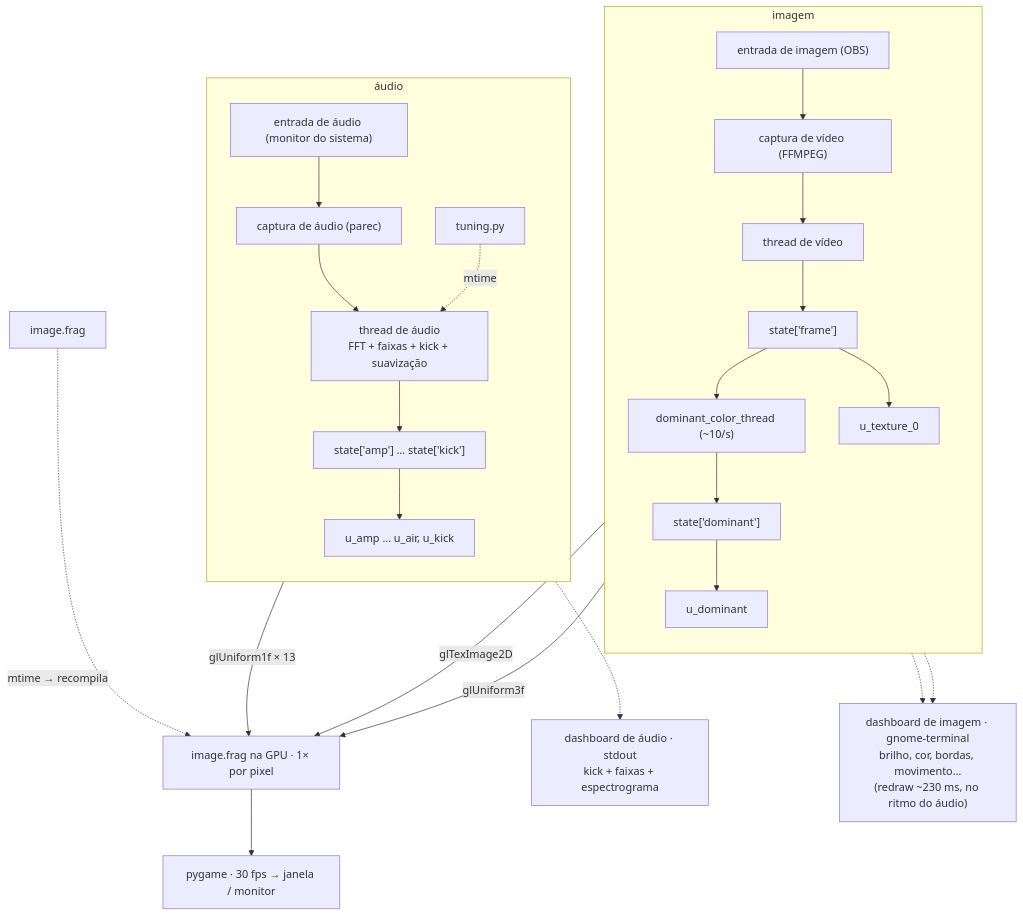
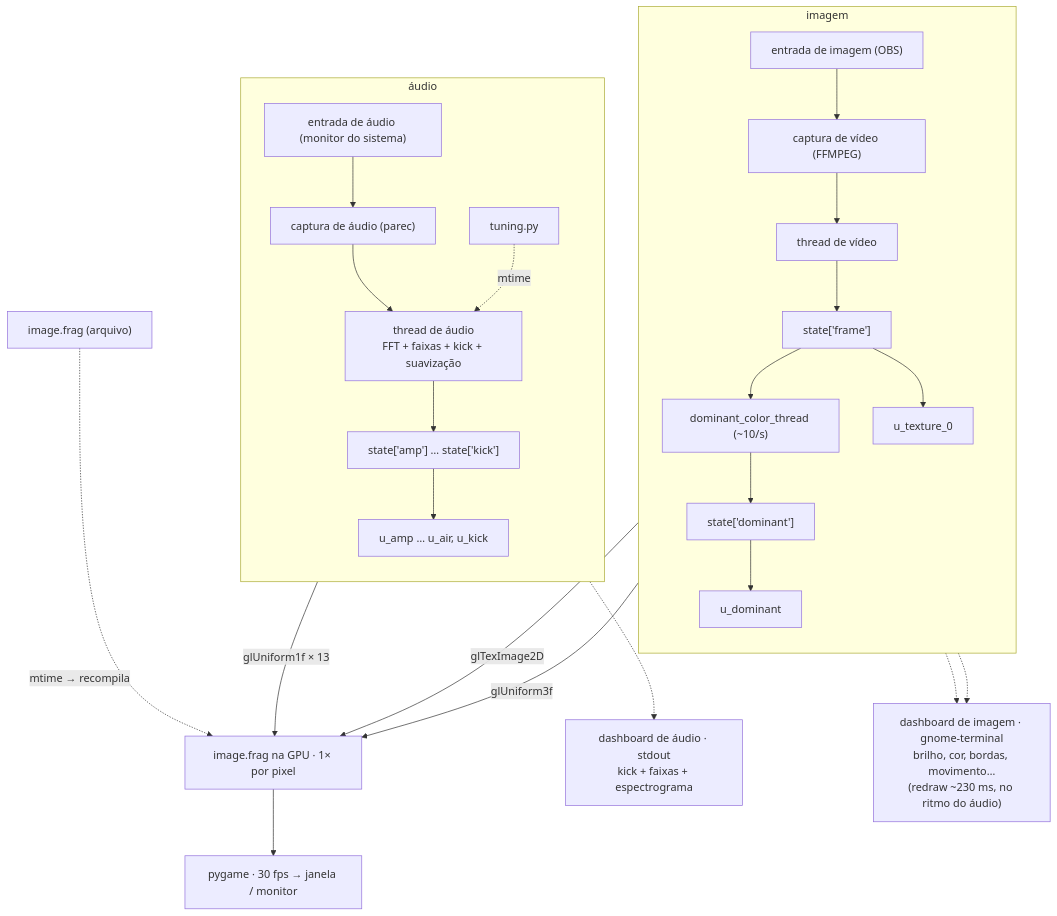
One commit to paulocremas/cremas-synth-lab changed the first of 2 diagrams in README.md. Above: the diagram before and after it, drawn with Mermaid.

Commit message:
Flow 1: rename shader file node, order it above the GPU node

````diff
--- a/README.md
+++ b/README.md
@@ -43,32 +43,32 @@
 ```mermaid
 flowchart TD
     subgraph IMG_SIDE["imagem"]
         direction TB
         IMG["entrada de imagem (OBS)"] --> CAPV["captura de vídeo (FFMPEG)"]
         CAPV --> VT["thread de vídeo"]
         VT --> SF["state['frame']"]
         SF --> DCT["dominant_color_thread (~10/s)"]
         DCT --> SD["state['dominant']"]
         SF --> UTEX["u_texture_0"]
         SD --> UDOM["u_dominant"]
     end
 
     subgraph AUD_SIDE["áudio"]
         direction TB
         AUD["entrada de áudio (monitor do sistema)"] --> CAPA["captura de áudio (parec)"]
         CAPA --> AT["thread de áudio<br/>FFT + faixas + kick + suavização"]
         AT --> SA["state['amp'] … state['kick']"]
         SA --> UAUD["u_amp … u_air, u_kick"]
         TUN["tuning.py"] -.->|"mtime"| AT
     end
 
     UTEX -->|"glTexImage2D"| GPU["image.frag na GPU · 1× por pixel"]
     UDOM -->|"glUniform3f"| GPU
+    FRAG["image.frag (arquivo)"] -.->|"mtime → recompila"| GPU
     UAUD -->|"glUniform1f × 13"| GPU
-    FRAG["image.frag"] -.->|"mtime → recompila"| GPU
     GPU --> WIN["pygame · 30 fps → janela / monitor"]
 
     AT -.-> DASH_A["dashboard de áudio · stdout<br/>kick + faixas + espectrograma"]
     SF -.-> DASH_I["dashboard de imagem · gnome-terminal<br/>brilho, cor, bordas, movimento…<br/>(redraw ~230 ms, no ritmo do áudio)"]
     SD -.-> DASH_I
 ```
````
